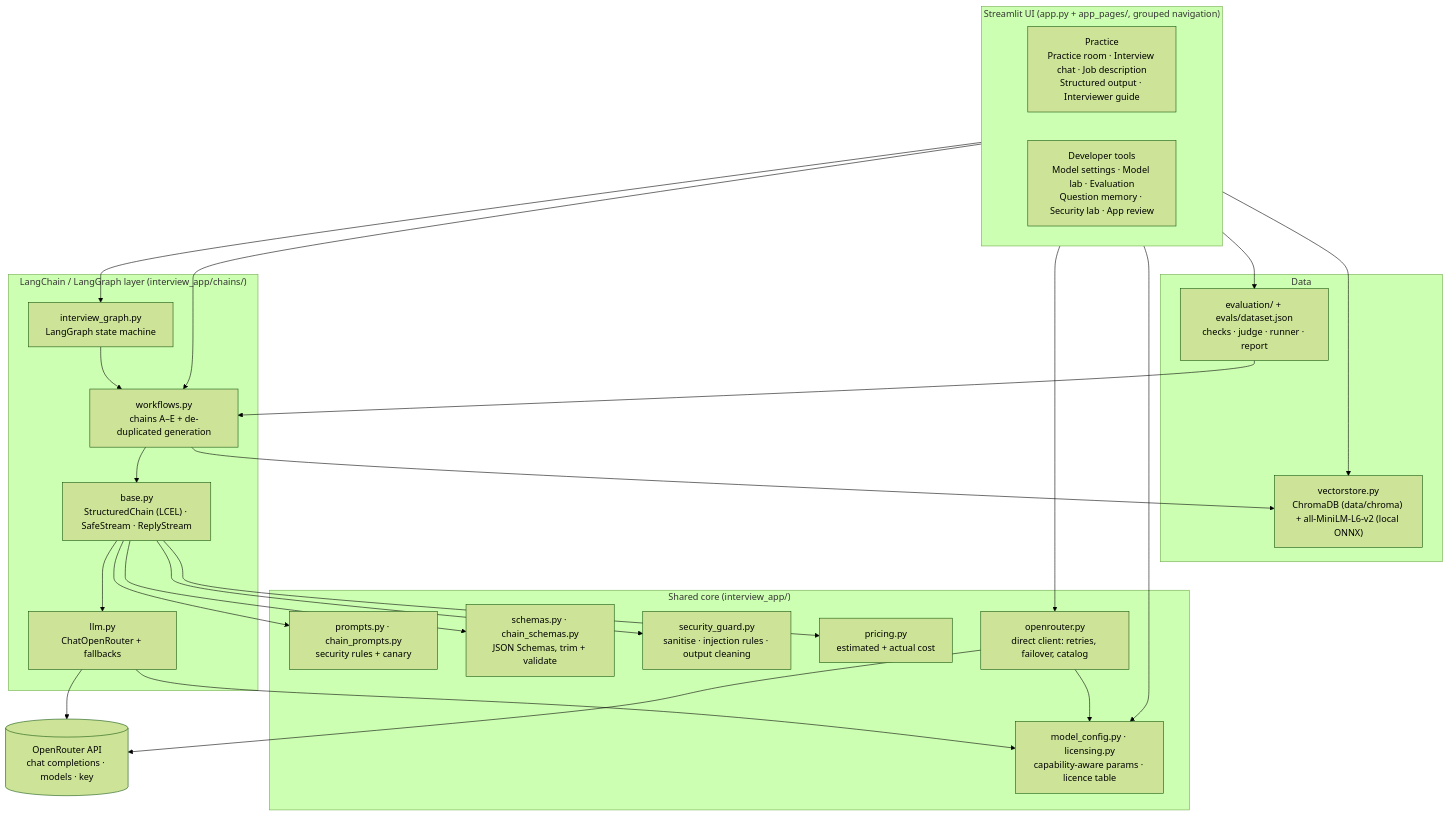
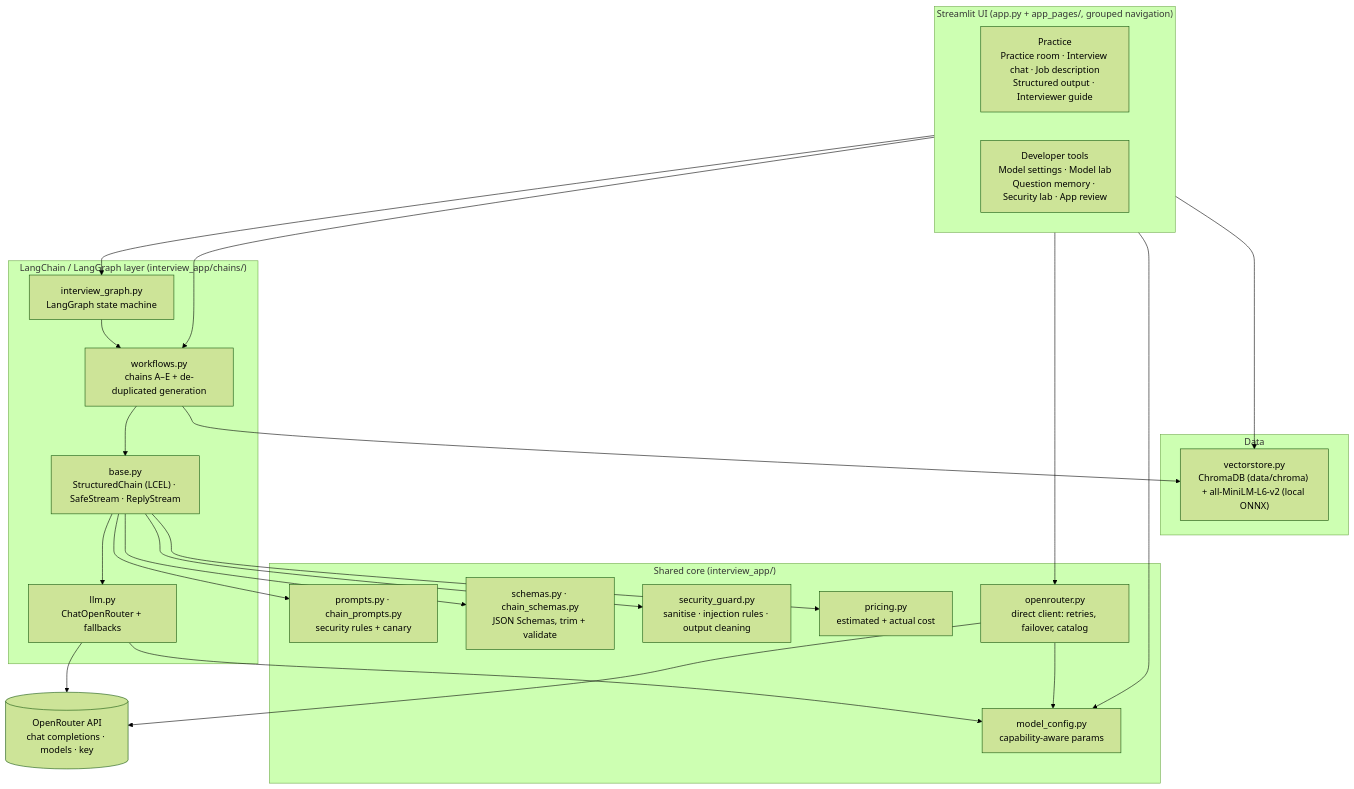
The first of 3 diagrams in docs/ARCHITECTURE.md (snehametkari1395/Interview-App), drawn with Mermaid (forest theme) before and after one commit. The commit also changed other lines of this file and 28 other files, not shown here.

First line of the commit message:
Remove optional hard tasks 4 and 5 (open-weight models, LLM-as-a-judge evaluation)

````diff
--- a/docs/ARCHITECTURE.md
+++ b/docs/ARCHITECTURE.md
@@ -7,48 +7,45 @@
 ```mermaid
 flowchart TB
     subgraph UI["Streamlit UI (app.py + app_pages/, grouped navigation)"]
         direction LR
         P["Practice<br/>Practice room · Interview chat · Job description<br/>Structured output · Interviewer guide"]
-        D["Developer tools<br/>Model settings · Model lab · Evaluation<br/>Question memory · Security lab · App review"]
+        D["Developer tools<br/>Model settings · Model lab<br/>Question memory · Security lab · App review"]
     end
 
     subgraph LC["LangChain / LangGraph layer (interview_app/chains/)"]
         G["interview_graph.py<br/>LangGraph state machine"]
         W["workflows.py<br/>chains A–E + de-duplicated generation"]
         B["base.py<br/>StructuredChain (LCEL) · SafeStream · ReplyStream"]
         L["llm.py<br/>ChatOpenRouter + fallbacks"]
     end
 
     subgraph CORE["Shared core (interview_app/)"]
         PR["prompts.py · chain_prompts.py<br/>security rules + canary"]
         SC["schemas.py · chain_schemas.py<br/>JSON Schemas, trim + validate"]
         SG["security_guard.py<br/>sanitise · injection rules · output cleaning"]
-        MC["model_config.py · licensing.py<br/>capability-aware params · licence table"]
+        MC["model_config.py<br/>capability-aware params"]
         PRC["pricing.py<br/>estimated + actual cost"]
         OR["openrouter.py<br/>direct client: retries, failover, catalog"]
     end
 
     subgraph DATA["Data"]
         VS["vectorstore.py<br/>ChromaDB (data/chroma) + all-MiniLM-L6-v2 (local ONNX)"]
-        EV["evaluation/ + evals/dataset.json<br/>checks · judge · runner · report"]
     end
 
     API[("OpenRouter API<br/>chat completions · models · key")]
 
     P --> G
     P --> W
     P --> OR
     D --> MC
-    D --> EV
     D --> VS
     G --> W --> B --> L --> API
     W --> VS
     B --> PR
     B --> SC
     B --> SG
     B --> PRC
     L --> MC
     OR --> API
     OR --> MC
-    EV --> W
 ```
````
